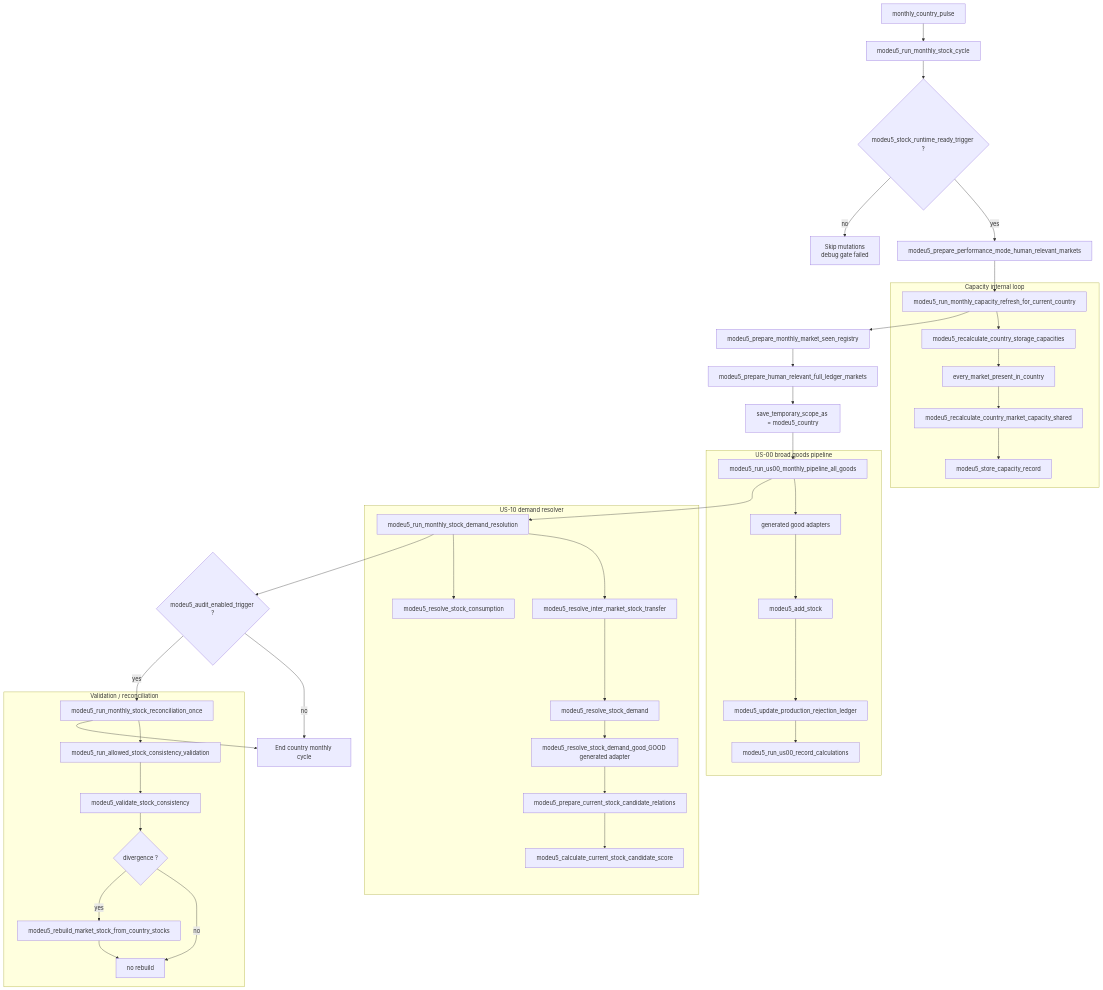
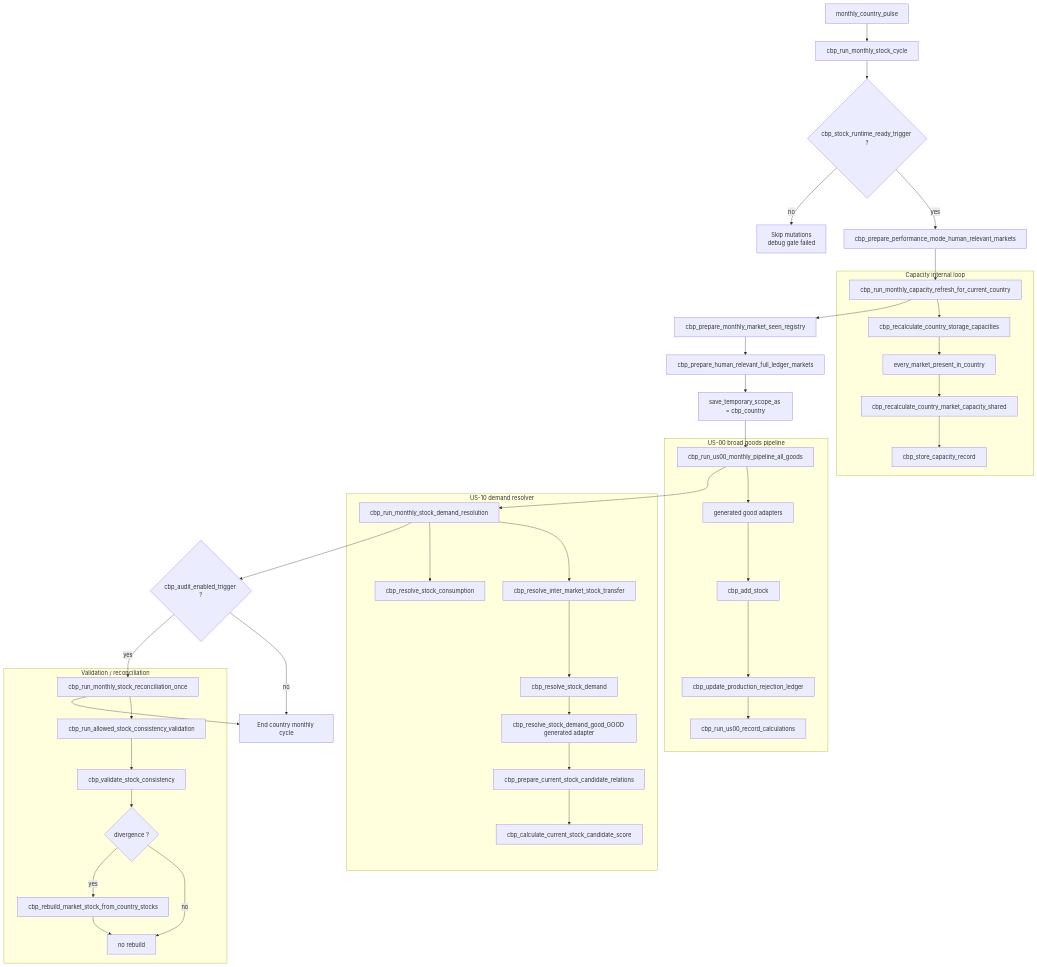
The first of 3 diagrams in docs/audits/pr126/Q5_flux_logique_global.md (eu5mod/eu5-no-void-economy), drawn with Mermaid before and after one commit. The commit also changed other lines of this file and 209 other files, not shown here.

Commit message:
Remove modeu5_ for cbp_

````diff
--- a/docs/audits/pr126/Q5_flux_logique_global.md
+++ b/docs/audits/pr126/Q5_flux_logique_global.md
@@ -17,49 +17,49 @@
 ```mermaid
 flowchart TD
-    A[monthly_country_pulse] --> B[modeu5_run_monthly_stock_cycle]
-    B --> C{modeu5_stock_runtime_ready_trigger ?}
+    A[monthly_country_pulse] --> B[cbp_run_monthly_stock_cycle]
+    B --> C{cbp_stock_runtime_ready_trigger ?}
     C -->|no| D[Skip mutations<br/>debug gate failed]
-    C -->|yes| E1[modeu5_prepare_performance_mode_human_relevant_markets]
-    E1 --> E2[modeu5_run_monthly_capacity_refresh_for_current_country]
-    E2 --> E3[modeu5_prepare_monthly_market_seen_registry]
-    E3 --> E4[modeu5_prepare_human_relevant_full_ledger_markets]
-    E4 --> E5[save_temporary_scope_as = modeu5_country]
-    E5 --> E6[modeu5_run_us00_monthly_pipeline_all_goods]
-    E6 --> E7[modeu5_run_monthly_stock_demand_resolution]
-    E7 --> E8{modeu5_audit_enabled_trigger ?}
-    E8 -->|yes| E9[modeu5_run_monthly_stock_reconciliation_once]
+    C -->|yes| E1[cbp_prepare_performance_mode_human_relevant_markets]
+    E1 --> E2[cbp_run_monthly_capacity_refresh_for_current_country]
+    E2 --> E3[cbp_prepare_monthly_market_seen_registry]
+    E3 --> E4[cbp_prepare_human_relevant_full_ledger_markets]
+    E4 --> E5[save_temporary_scope_as = cbp_country]
+    E5 --> E6[cbp_run_us00_monthly_pipeline_all_goods]
+    E6 --> E7[cbp_run_monthly_stock_demand_resolution]
+    E7 --> E8{cbp_audit_enabled_trigger ?}
+    E8 -->|yes| E9[cbp_run_monthly_stock_reconciliation_once]
     E8 -->|no| E10[End country monthly cycle]
     E9 --> E10
 
     subgraph CAP[Capacity internal loop]
-        E2 --> CAP1[modeu5_recalculate_country_storage_capacities]
+        E2 --> CAP1[cbp_recalculate_country_storage_capacities]
         CAP1 --> CAP2[every_market_present_in_country]
-        CAP2 --> CAP3[modeu5_recalculate_country_market_capacity_shared]
-        CAP3 --> CAP4[modeu5_store_capacity_record]
+        CAP2 --> CAP3[cbp_recalculate_country_market_capacity_shared]
+        CAP3 --> CAP4[cbp_store_capacity_record]
     end
 
     subgraph US00[US-00 broad goods pipeline]
         E6 --> U1[generated good adapters]
-        U1 --> U2[modeu5_add_stock]
-        U2 --> U3[modeu5_update_production_rejection_ledger]
-        U3 --> U4[modeu5_run_us00_record_calculations]
+        U1 --> U2[cbp_add_stock]
+        U2 --> U3[cbp_update_production_rejection_ledger]
+        U3 --> U4[cbp_run_us00_record_calculations]
     end
 
     subgraph US10[US-10 demand resolver]
-        E7 --> R1[modeu5_resolve_stock_consumption]
-        E7 --> R2[modeu5_resolve_inter_market_stock_transfer]
-        R2 --> R3[modeu5_resolve_stock_demand]
-        R3 --> R4[modeu5_resolve_stock_demand_good_GOOD generated adapter]
-        R4 --> R5[modeu5_prepare_current_stock_candidate_relations]
-        R5 --> R6[modeu5_calculate_current_stock_candidate_score]
+        E7 --> R1[cbp_resolve_stock_consumption]
+        E7 --> R2[cbp_resolve_inter_market_stock_transfer]
+        R2 --> R3[cbp_resolve_stock_demand]
+        R3 --> R4[cbp_resolve_stock_demand_good_GOOD generated adapter]
+        R4 --> R5[cbp_prepare_current_stock_candidate_relations]
+        R5 --> R6[cbp_calculate_current_stock_candidate_score]
     end
 
     subgraph RECON[Validation / reconciliation]
-        E9 --> V1[modeu5_run_allowed_stock_consistency_validation]
-        V1 --> V2[modeu5_validate_stock_consistency]
+        E9 --> V1[cbp_run_allowed_stock_consistency_validation]
+        V1 --> V2[cbp_validate_stock_consistency]
         V2 --> V3{divergence ?}
-        V3 -->|yes| V4[modeu5_rebuild_market_stock_from_country_stocks]
+        V3 -->|yes| V4[cbp_rebuild_market_stock_from_country_stocks]
         V3 -->|no| V5[no rebuild]
         V4 --> V5
     end
 ```
````
